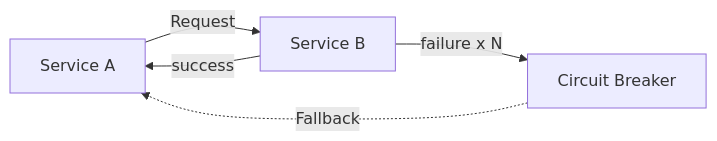
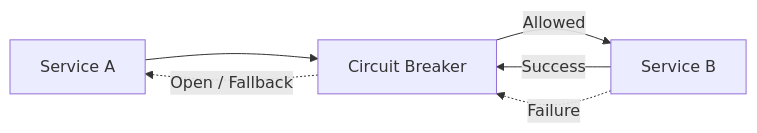
The eighth of 9 diagrams in content/posts/integration-patterns/index.md (norbix/norbix.dev), drawn with Mermaid before and after one commit. The commit also changed other lines of this file, not shown here.

````diff
--- a/content/posts/integration-patterns/index.md
+++ b/content/posts/integration-patterns/index.md
@@ -467,7 +467,9 @@
 ```mermaid
 flowchart LR
-    A[Service A] -->|Request| B[Service B]
-    B -- success --> A
-    B -- failure x N --> CB[Circuit Breaker]
-    CB -.->|Fallback| A
+    A[Service A] --> CB[Circuit Breaker]
+    CB -->|Allowed| B[Service B]
+    CB -.->|Open / Fallback| A
+    B -->|Success| CB
+    B -.->|Failure| CB
+
 ```
````
